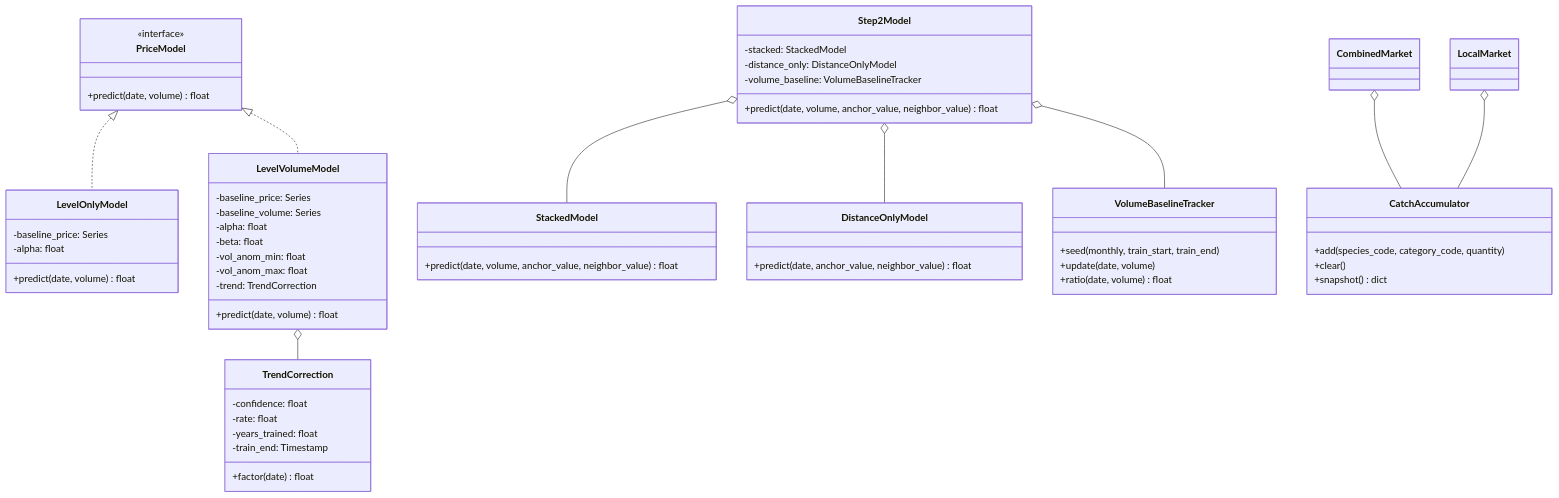
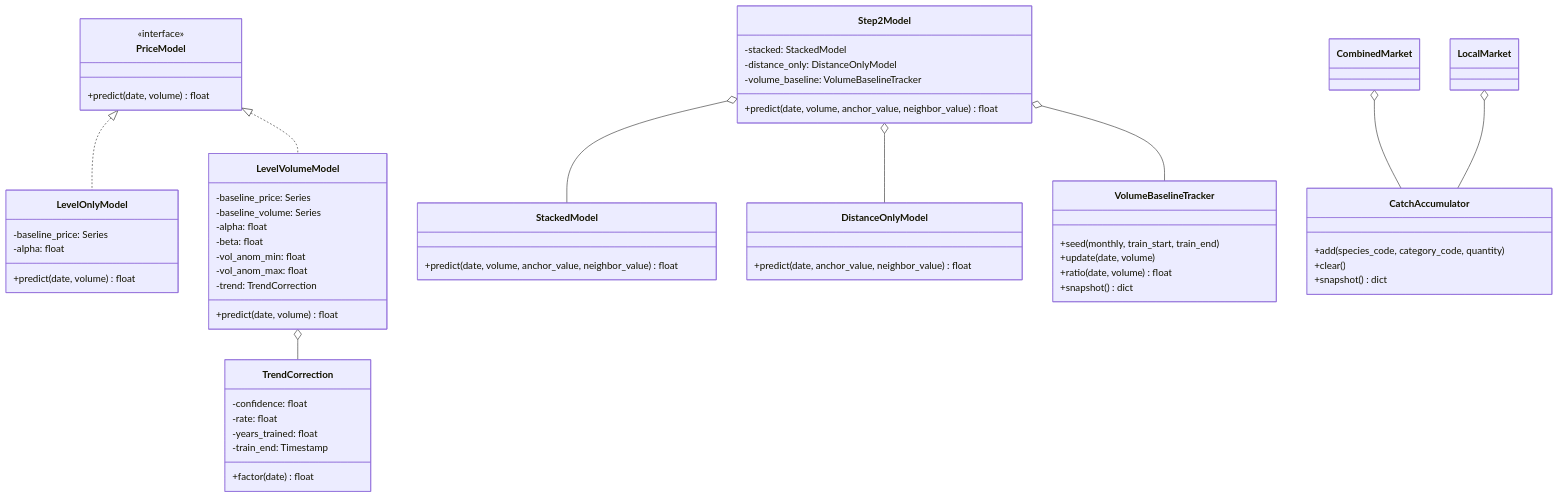
The third of 3 diagrams in src/models/market/ARCHITECTURE.md (SURIMI-Project/SURIMI-market), drawn with Mermaid before and after one commit. The commit also changed other lines of this file, not shown here.

First line of the commit message:
docs: mark Phase C2 (VolumeBaselineTracker/RealPriceLookup) done

````diff
--- a/src/models/market/ARCHITECTURE.md
+++ b/src/models/market/ARCHITECTURE.md
@@ -329,65 +332,67 @@
 ```mermaid
 classDiagram
     class PriceModel {
         <<interface>>
         %% already implemented, Phase C1
         +predict(date, volume) float
     }
     class LevelOnlyModel {
         %% already implemented, Phase C1
         -baseline_price: Series
         -alpha: float
         +predict(date, volume) float
     }
     class LevelVolumeModel {
         %% already implemented, Phase C1
         -baseline_price: Series
         -baseline_volume: Series
         -alpha: float
         -beta: float
         -vol_anom_min: float
         -vol_anom_max: float
         -trend: TrendCorrection
         +predict(date, volume) float
     }
     class TrendCorrection {
         %% already implemented, Phase C1
         -confidence: float
         -rate: float
         -years_trained: float
         -train_end: Timestamp
         +factor(date) float
     }
     class Step2Model {
         -stacked: StackedModel
         -distance_only: DistanceOnlyModel
         -volume_baseline: VolumeBaselineTracker
         +predict(date, volume, anchor_value, neighbor_value) float
     }
     class StackedModel {
         +predict(date, volume, anchor_value, neighbor_value) float
     }
     class DistanceOnlyModel {
         +predict(date, anchor_value, neighbor_value) float
     }
     class VolumeBaselineTracker {
+        %% already implemented, Phase C2
         +seed(monthly, train_start, train_end)
         +update(date, volume)
         +ratio(date, volume) float
+        +snapshot() dict
     }
     class CatchAccumulator {
         %% already implemented, Phase A
         +add(species_code, category_code, quantity)
         +clear()
         +snapshot() dict
     }
 
     PriceModel <|.. LevelOnlyModel
     PriceModel <|.. LevelVolumeModel
     LevelVolumeModel o-- TrendCorrection
     Step2Model o-- StackedModel
     Step2Model o-- DistanceOnlyModel
     Step2Model o-- VolumeBaselineTracker
     CombinedMarket o-- CatchAccumulator
     LocalMarket o-- CatchAccumulator
 ```
````
